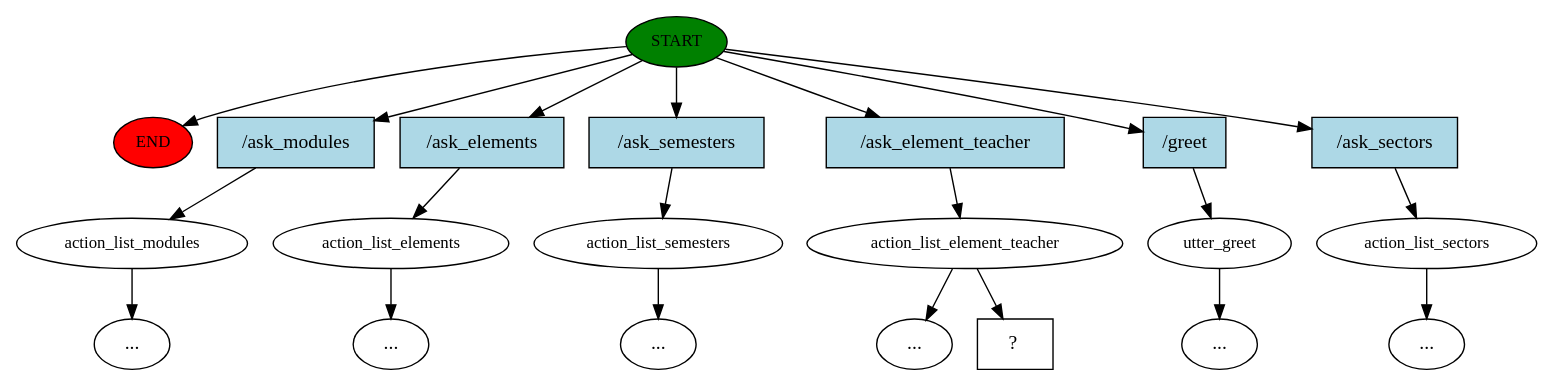
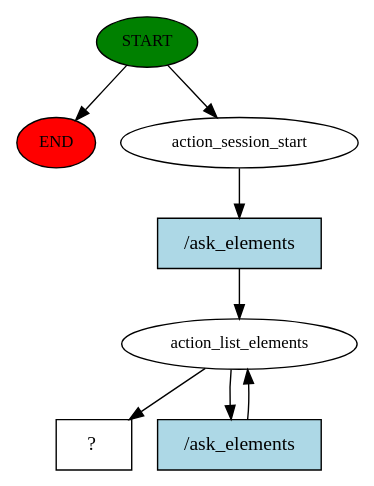
The diagram in story_graph.dot (yb403/ChatBotAI-costumer-service), drawn with Graphviz before and after one commit. The commit also changed 5 other files, not shown here.

Commit message:
Enhance action_list_elements to handle sector-based queries; update NLU examples and configurations

```diff
--- a/story_graph.dot
+++ b/story_graph.dot
@@ -1,43 +1,16 @@
 digraph  {
 0 [class="start active", fillcolor=green, fontsize=12, label=START, style=filled];
 "-1" [class=end, fillcolor=red, fontsize=12, label=END, style=filled];
-1 [class="", fontsize=12, label=action_list_modules];
-2 [class="", fontsize=12, label=action_list_elements];
-3 [class="", fontsize=12, label=action_list_semesters];
-6 [class=active, fontsize=12, label=action_list_element_teacher];
-7 [class="", fontsize=12, label=utter_greet];
-"-9" [class=ellipsis, label="..."];
-"-10" [class=ellipsis, label="..."];
-"-12" [class=ellipsis, label="..."];
-11 [class="", fontsize=12, label=action_list_sectors];
-"-13" [class=ellipsis, label="..."];
-"-14" [class=ellipsis, label="..."];
-"-16" [class=ellipsis, label="..."];
-16 [class="intent dashed active", label="  ?  ", shape=rect];
-17 [class=intent, fillcolor=lightblue, label="/ask_modules", shape=rect, style=filled];
-18 [class=intent, fillcolor=lightblue, label="/ask_elements", shape=rect, style=filled];
-19 [class=intent, fillcolor=lightblue, label="/ask_semesters", shape=rect, style=filled];
-20 [class="intent active", fillcolor=lightblue, label="/ask_element_teacher", shape=rect, style=filled];
-21 [class=intent, fillcolor=lightblue, label="/greet", shape=rect, style=filled];
-22 [class=intent, fillcolor=lightblue, label="/ask_sectors", shape=rect, style=filled];
+1 [class=active, fontsize=12, label=action_session_start];
+2 [class=active, fontsize=12, label=action_list_elements];
+4 [class="intent dashed active", label="  ?  ", shape=rect];
+5 [class="intent active", fillcolor=lightblue, label="/ask_elements", shape=rect, style=filled];
+6 [class="intent active", fillcolor=lightblue, label="/ask_elements", shape=rect, style=filled];
 0 -> "-1"  [class="", key=NONE, label=""];
-0 -> 17  [class="", key=0];
-0 -> 18  [class="", key=0];
-0 -> 19  [class="", key=0];
-0 -> 20  [class=active, key=0];
-0 -> 21  [class="", key=0];
-0 -> 22  [class="", key=0];
-1 -> "-16"  [class="", key=NONE, label=""];
-2 -> "-12"  [class="", key=NONE, label=""];
-3 -> "-14"  [class="", key=NONE, label=""];
-6 -> "-10"  [class="", key=NONE, label=""];
-6 -> 16  [class=active, key=NONE, label=""];
-7 -> "-9"  [class="", key=NONE, label=""];
-11 -> "-13"  [class="", key=NONE, label=""];
-17 -> 1  [class="", key=0];
-18 -> 2  [class="", key=0];
-19 -> 3  [class="", key=0];
-20 -> 6  [class=active, key=0];
-21 -> 7  [class="", key=0];
-22 -> 11  [class="", key=0];
+0 -> 1  [class=active, key=NONE, label=""];
+1 -> 5  [class=active, key=0];
+2 -> 4  [class=active, key=NONE, label=""];
+2 -> 6  [class=active, key=0];
+5 -> 2  [class=active, key=0];
+6 -> 2  [class=active, key=0];
 }
```
